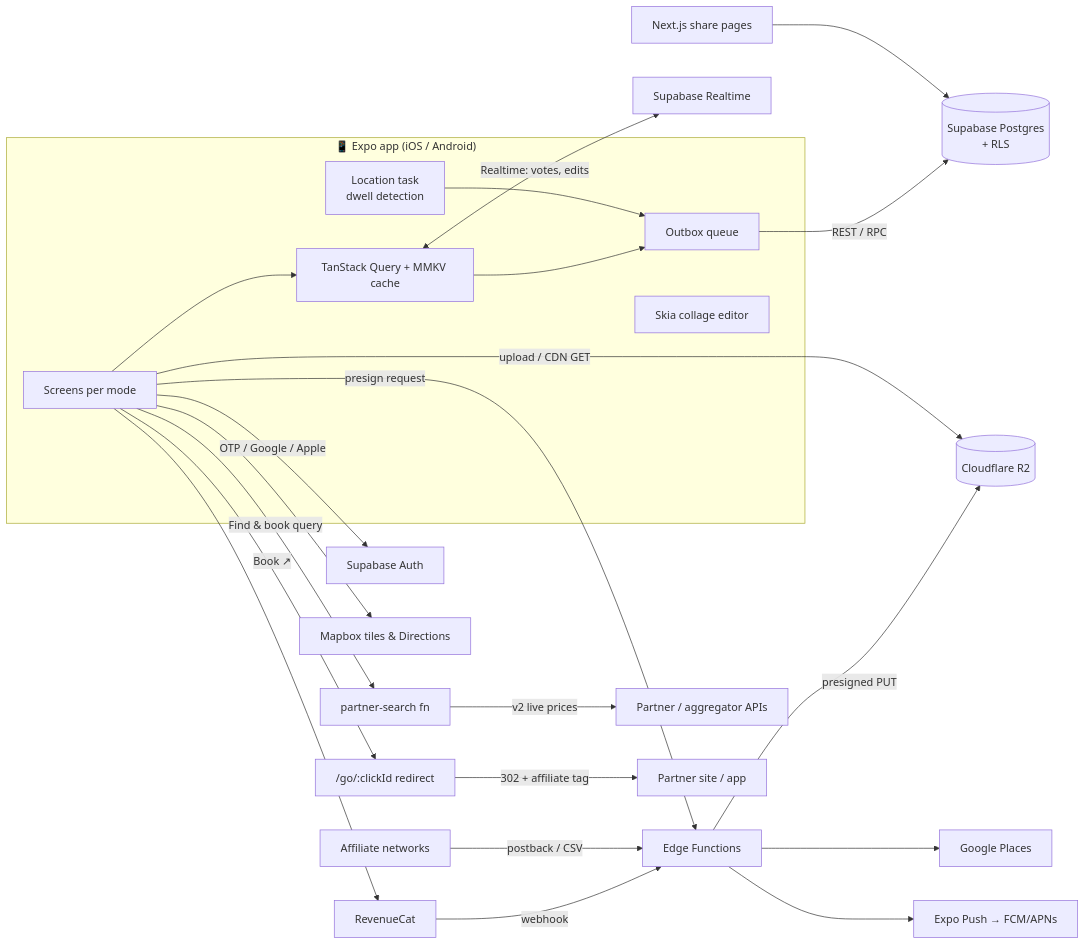
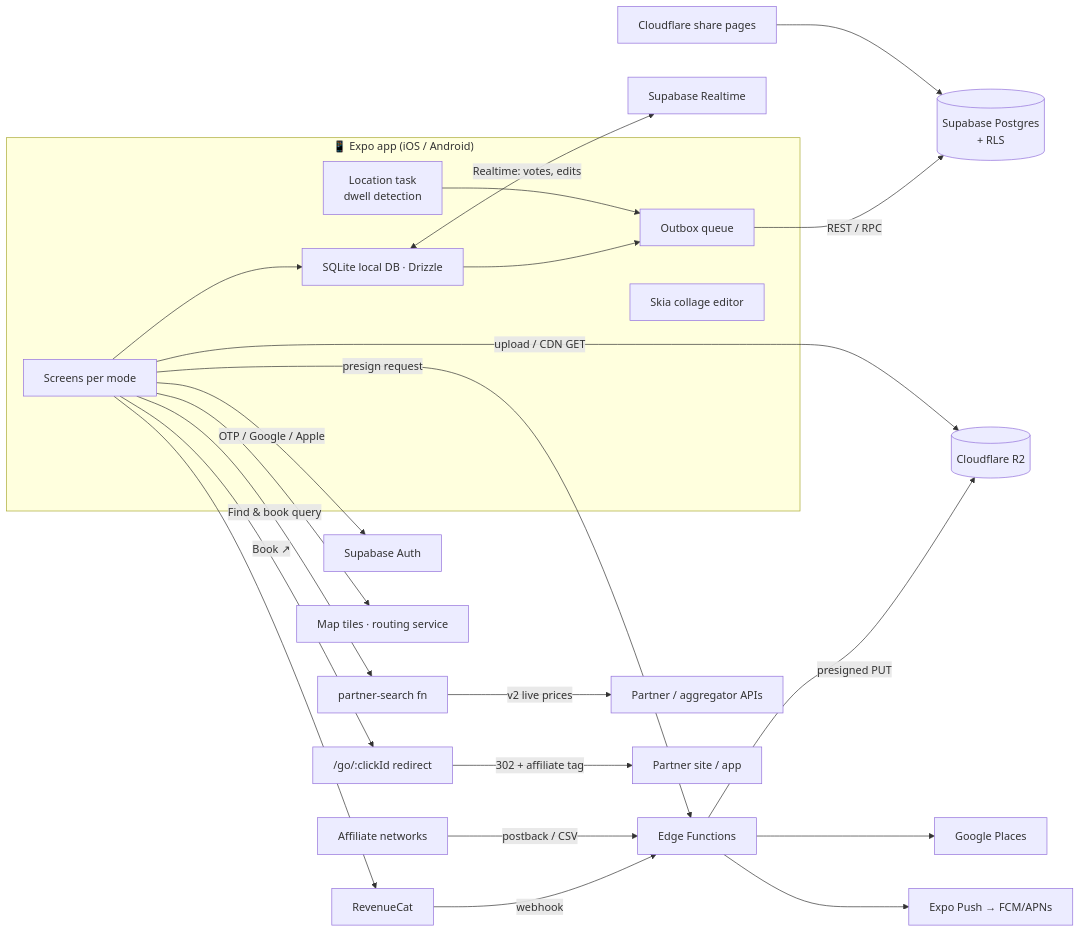
One commit to Gowthamanravindran/TravelOG changed the first of 2 diagrams in docs/03-architecture.md. Above: the diagram before and after it, drawn with Mermaid. The commit also changed other lines of this file and 14 other files, not shown here.

````diff
--- a/docs/03-architecture.md
+++ b/docs/03-architecture.md
@@ -52,25 +52,25 @@
 ```mermaid
 flowchart LR
   subgraph Device["📱 Expo app (iOS / Android)"]
-    UI[Screens per mode] --> Q[TanStack Query + MMKV cache]
+    UI[Screens per mode] --> Q[SQLite local DB · Drizzle]
     Q --> OB[Outbox queue]
     LOC[Location task<br/>dwell detection] --> OB
     SK[Skia collage editor]
   end
 
   OB -->|REST / RPC| SB[(Supabase Postgres<br/>+ RLS)]
   Q <-->|Realtime: votes, edits| RT[Supabase Realtime]
   UI -->|OTP / Google / Apple| AUTH[Supabase Auth]
   UI -->|presign request| EF[Edge Functions]
   EF -->|presigned PUT| R2[(Cloudflare R2)]
   UI -->|upload / CDN GET| R2
   EF --> PL[Google Places]
-  UI --> MB[Mapbox tiles & Directions]
+  UI --> MB[Map tiles · routing service]
   EF --> PUSH[Expo Push → FCM/APNs]
   UI --> RC[RevenueCat] -->|webhook| EF
-  WEB[Next.js share pages] --> SB
+  WEB[Cloudflare share pages] --> SB
   UI -->|Find & book query| PS[partner-search fn]
   PS -->|v2 live prices| PAPI[Partner / aggregator APIs]
   UI -->|Book ↗| GO["/go/:clickId redirect"] -->|302 + affiliate tag| PARTNER[Partner site / app]
   NET[Affiliate networks] -->|postback / CSV| EF
 ```
````
